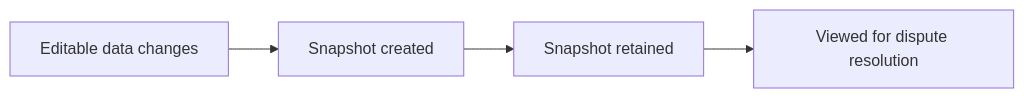
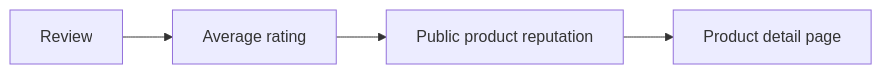
Diagram 17 of 32 in openai/gpt-5.4-mini/shopping/docs/analysis/02-domain-model.md (wrtnlabs/autobe-examples), drawn with Mermaid before and after one commit. The commit also changed other lines of this file and 9017 other files, not shown here.

````diff
--- a/openai/gpt-5.4-mini/shopping/docs/analysis/02-domain-model.md
+++ b/openai/gpt-5.4-mini/shopping/docs/analysis/02-domain-model.md
@@ -877,6 +642,6 @@
 ```mermaid
 flowchart LR
-    A["Editable data changes"] --> B["Snapshot created"]
-    B --> C["Snapshot retained"]
-    C --> D["Viewed for dispute resolution"]
+    A["Review"] --> B["Average rating"]
+    B --> C["Public product reputation"]
+    C --> D["Product detail page"]
 ```
````
